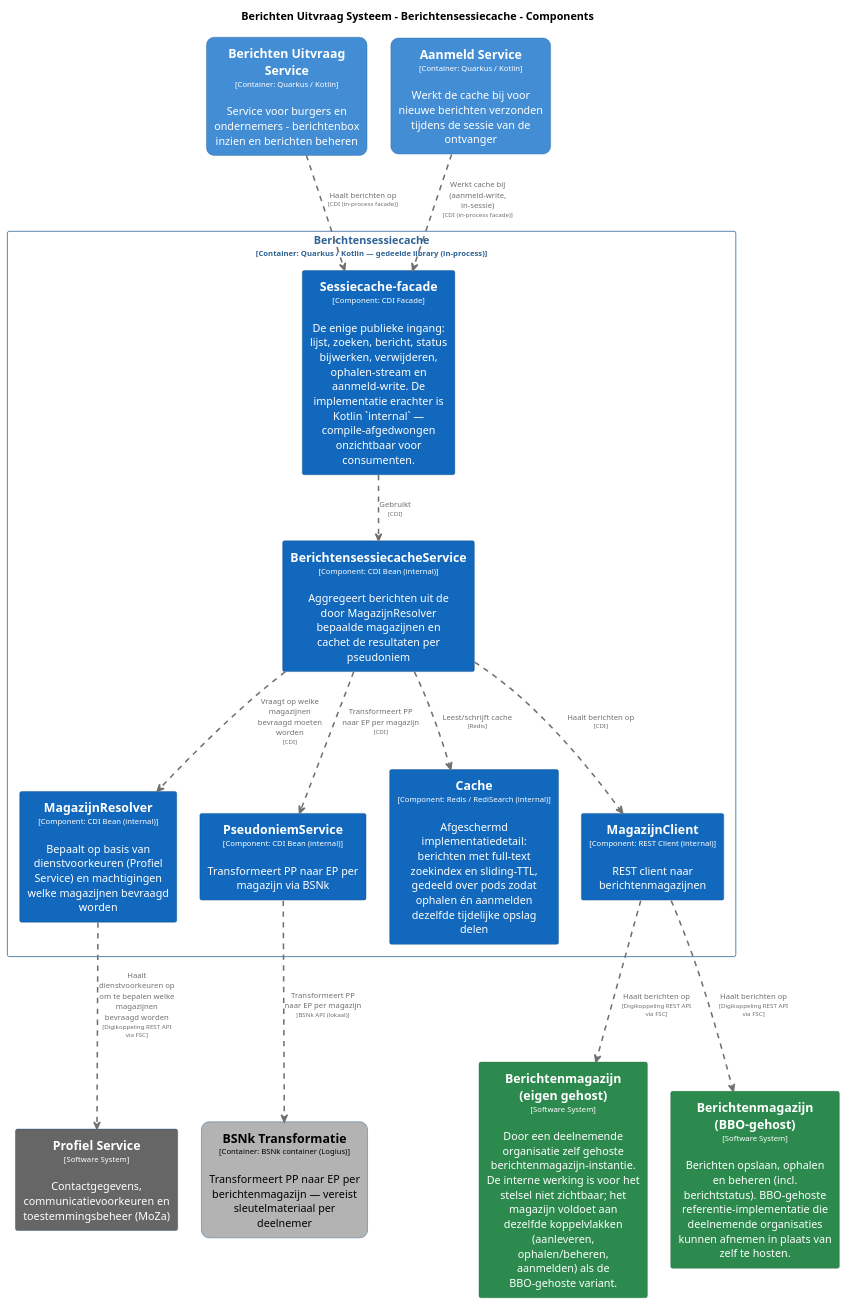
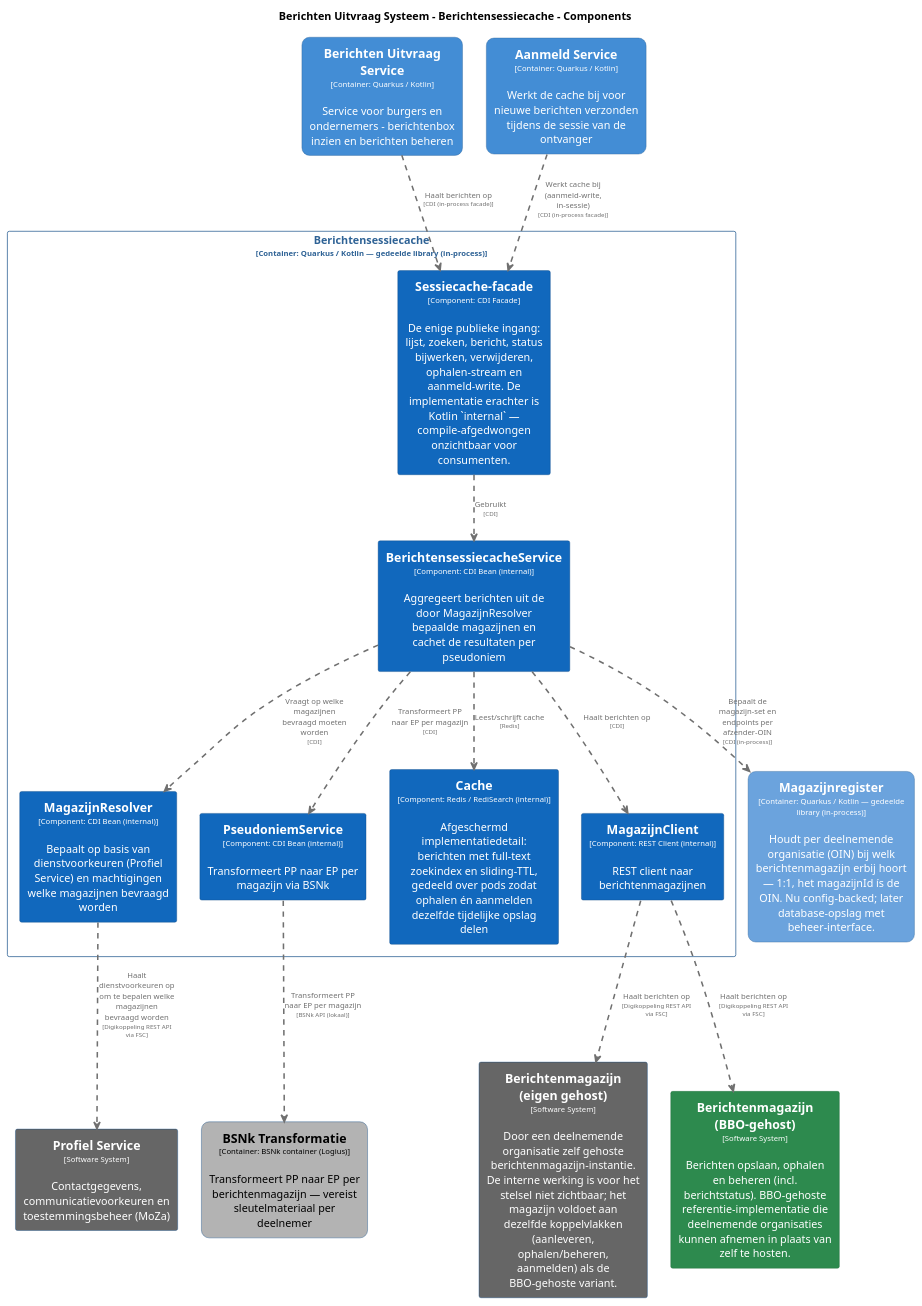
Before and after one commit to MinBZK/moza-poc-fbs-berichtenbox: the diagram in pr-preview/pr-95/master/puml/BerichtensessiecacheComponenten.puml, drawn with PlantUML. The commit also changed 81 other files, not shown here.

```diff
--- a/pr-preview/pr-95/master/puml/BerichtensessiecacheComponenten.puml
+++ b/pr-preview/pr-95/master/puml/BerichtensessiecacheComponenten.puml
@@ -1,126 +1,135 @@
 @startuml
 set separator none
 title Berichten Uitvraag Systeem - Berichtensessiecache - Components
 
 top to bottom direction
 skinparam ranksep 60
 skinparam nodesep 30
 
 skinparam {
   arrowFontSize 10
   defaultTextAlignment center
   wrapWidth 200
   maxMessageSize 100
 }
 
 hide stereotype
 
 skinparam rectangle<<BerichtenUitvraagSysteem.AanmeldService>> {
   BackgroundColor #438dd5
   FontColor #ffffff
   BorderColor #2e6295
   roundCorner 20
   shadowing false
 }
 skinparam rectangle<<BerichtenUitvraagSysteem.BSNkTransformatie>> {
   BackgroundColor #b3b3b3
   FontColor #000000
   BorderColor #0b4884
   roundCorner 20
   shadowing false
 }
 skinparam rectangle<<BerichtenUitvraagSysteem.BerichtenUitvraagService>> {
   BackgroundColor #438dd5
   FontColor #ffffff
   BorderColor #2e6295
   roundCorner 20
   shadowing false
 }
 skinparam rectangle<<BerichtenmagazijnBBOgehost>> {
   BackgroundColor #2d8a4e
   FontColor #ffffff
   BorderColor #1e6b38
   shadowing false
 }
 skinparam rectangle<<Berichtenmagazijneigengehost>> {
-  BackgroundColor #2d8a4e
+  BackgroundColor #666666
   FontColor #ffffff
-  BorderColor #1e6b38
+  BorderColor #0b4884
   shadowing false
 }
 skinparam rectangle<<BerichtenUitvraagSysteem.Berichtensessiecache.BerichtensessiecacheService>> {
   BackgroundColor #1168bd
   FontColor #ffffff
   BorderColor #0b4884
   shadowing false
 }
 skinparam rectangle<<BerichtenUitvraagSysteem.Berichtensessiecache.Cache>> {
   BackgroundColor #1168bd
   FontColor #ffffff
   BorderColor #0b4884
   shadowing false
 }
 skinparam rectangle<<BerichtenUitvraagSysteem.Berichtensessiecache.MagazijnClient>> {
   BackgroundColor #1168bd
   FontColor #ffffff
   BorderColor #0b4884
   shadowing false
 }
 skinparam rectangle<<BerichtenUitvraagSysteem.Berichtensessiecache.MagazijnResolver>> {
   BackgroundColor #1168bd
   FontColor #ffffff
   BorderColor #0b4884
+  shadowing false
+}
+skinparam rectangle<<BerichtenUitvraagSysteem.Magazijnregister>> {
+  BackgroundColor #6ba3dd
+  FontColor #ffffff
+  BorderColor #2e6295
+  roundCorner 20
   shadowing false
 }
 skinparam rectangle<<ProfielService>> {
   BackgroundColor #666666
   FontColor #ffffff
   BorderColor #0b4884
   shadowing false
 }
 skinparam rectangle<<BerichtenUitvraagSysteem.Berichtensessiecache.PseudoniemService>> {
   BackgroundColor #1168bd
   FontColor #ffffff
   BorderColor #0b4884
   shadowing false
 }
 skinparam rectangle<<BerichtenUitvraagSysteem.Berichtensessiecache.Sessiecachefacade>> {
   BackgroundColor #1168bd
   FontColor #ffffff
   BorderColor #0b4884
   shadowing false
 }
 skinparam rectangle<<BerichtenUitvraagSysteem.Berichtensessiecache>> {
   BorderColor #2e6295
   FontColor #2e6295
   shadowing false
 }
 
 rectangle "==Profiel Service\n<size:10>[Software System]</size>\n\nContactgegevens, communicatievoorkeuren en toestemmingsbeheer (MoZa)" <<ProfielService>> as ProfielService
 rectangle "==Berichtenmagazijn (eigen gehost)\n<size:10>[Software System]</size>\n\nDoor een deelnemende organisatie zelf gehoste berichtenmagazijn-instantie. De interne werking is voor het stelsel niet zichtbaar; het magazijn voldoet aan dezelfde koppelvlakken (aanleveren, ophalen/beheren, aanmelden) als de BBO-gehoste variant." <<Berichtenmagazijneigengehost>> as Berichtenmagazijneigengehost
 rectangle "==Berichtenmagazijn (BBO-gehost)\n<size:10>[Software System]</size>\n\nBerichten opslaan, ophalen en beheren (incl. berichtstatus). BBO-gehoste referentie-implementatie die deelnemende organisaties kunnen afnemen in plaats van zelf te hosten." <<BerichtenmagazijnBBOgehost>> as BerichtenmagazijnBBOgehost
 rectangle "==Berichten Uitvraag Service\n<size:10>[Container: Quarkus / Kotlin]</size>\n\nService voor burgers en ondernemers - berichtenbox inzien en berichten beheren" <<BerichtenUitvraagSysteem.BerichtenUitvraagService>> as BerichtenUitvraagSysteem.BerichtenUitvraagService
 rectangle "==BSNk Transformatie\n<size:10>[Container: BSNk container (Logius)]</size>\n\nTransformeert PP naar EP per berichtenmagazijn — vereist sleutelmateriaal per deelnemer" <<BerichtenUitvraagSysteem.BSNkTransformatie>> as BerichtenUitvraagSysteem.BSNkTransformatie
 rectangle "==Aanmeld Service\n<size:10>[Container: Quarkus / Kotlin]</size>\n\nWerkt de cache bij voor nieuwe berichten verzonden tijdens de sessie van de ontvanger" <<BerichtenUitvraagSysteem.AanmeldService>> as BerichtenUitvraagSysteem.AanmeldService
+rectangle "==Magazijnregister\n<size:10>[Container: Quarkus / Kotlin — gedeelde library (in-process)]</size>\n\nHoudt per deelnemende organisatie (OIN) bij welk berichtenmagazijn erbij hoort — 1:1, het magazijnId ís de OIN. Nu config-backed; later database-opslag met beheer-interface." <<BerichtenUitvraagSysteem.Magazijnregister>> as BerichtenUitvraagSysteem.Magazijnregister
 
 rectangle "Berichtensessiecache\n<size:10>[Container: Quarkus / Kotlin — gedeelde library (in-process)]</size>" <<BerichtenUitvraagSysteem.Berichtensessiecache>> {
   rectangle "==Sessiecache-facade\n<size:10>[Component: CDI Facade]</size>\n\nDe enige publieke ingang: lijst, zoeken, bericht, status bijwerken, verwijderen, ophalen-stream en aanmeld-write. De implementatie erachter is Kotlin `internal` — compile-afgedwongen onzichtbaar voor consumenten." <<BerichtenUitvraagSysteem.Berichtensessiecache.Sessiecachefacade>> as BerichtenUitvraagSysteem.Berichtensessiecache.Sessiecachefacade
   rectangle "==MagazijnResolver\n<size:10>[Component: CDI Bean (internal)]</size>\n\nBepaalt op basis van dienstvoorkeuren (Profiel Service) en machtigingen welke magazijnen bevraagd worden" <<BerichtenUitvraagSysteem.Berichtensessiecache.MagazijnResolver>> as BerichtenUitvraagSysteem.Berichtensessiecache.MagazijnResolver
   rectangle "==PseudoniemService\n<size:10>[Component: CDI Bean (internal)]</size>\n\nTransformeert PP naar EP per magazijn via BSNk" <<BerichtenUitvraagSysteem.Berichtensessiecache.PseudoniemService>> as BerichtenUitvraagSysteem.Berichtensessiecache.PseudoniemService
   rectangle "==BerichtensessiecacheService\n<size:10>[Component: CDI Bean (internal)]</size>\n\nAggregeert berichten uit de door MagazijnResolver bepaalde magazijnen en cachet de resultaten per pseudoniem" <<BerichtenUitvraagSysteem.Berichtensessiecache.BerichtensessiecacheService>> as BerichtenUitvraagSysteem.Berichtensessiecache.BerichtensessiecacheService
   rectangle "==Cache\n<size:10>[Component: Redis / RediSearch (internal)]</size>\n\nAfgeschermd implementatiedetail: berichten met full-text zoekindex en sliding-TTL, gedeeld over pods zodat ophalen én aanmelden dezelfde tijdelijke opslag delen" <<BerichtenUitvraagSysteem.Berichtensessiecache.Cache>> as BerichtenUitvraagSysteem.Berichtensessiecache.Cache
   rectangle "==MagazijnClient\n<size:10>[Component: REST Client (internal)]</size>\n\nREST client naar berichtenmagazijnen" <<BerichtenUitvraagSysteem.Berichtensessiecache.MagazijnClient>> as BerichtenUitvraagSysteem.Berichtensessiecache.MagazijnClient
 }
 
 BerichtenUitvraagSysteem.Berichtensessiecache.MagazijnClient .[#707070,thickness=2].> Berichtenmagazijneigengehost : "<color:#707070>Haalt berichten op\n<color:#707070><size:8>[Digikoppeling REST API via FSC]</size>"
 BerichtenUitvraagSysteem.Berichtensessiecache.MagazijnResolver .[#707070,thickness=2].> ProfielService : "<color:#707070>Haalt dienstvoorkeuren op om te bepalen welke magazijnen bevraagd worden\n<color:#707070><size:8>[Digikoppeling REST API via FSC]</size>"
 BerichtenUitvraagSysteem.Berichtensessiecache.MagazijnClient .[#707070,thickness=2].> BerichtenmagazijnBBOgehost : "<color:#707070>Haalt berichten op\n<color:#707070><size:8>[Digikoppeling REST API via FSC]</size>"
 BerichtenUitvraagSysteem.Berichtensessiecache.Sessiecachefacade .[#707070,thickness=2].> BerichtenUitvraagSysteem.Berichtensessiecache.BerichtensessiecacheService : "<color:#707070>Gebruikt\n<color:#707070><size:8>[CDI]</size>"
 BerichtenUitvraagSysteem.Berichtensessiecache.BerichtensessiecacheService .[#707070,thickness=2].> BerichtenUitvraagSysteem.Berichtensessiecache.MagazijnResolver : "<color:#707070>Vraagt op welke magazijnen bevraagd moeten worden\n<color:#707070><size:8>[CDI]</size>"
 BerichtenUitvraagSysteem.Berichtensessiecache.BerichtensessiecacheService .[#707070,thickness=2].> BerichtenUitvraagSysteem.Berichtensessiecache.PseudoniemService : "<color:#707070>Transformeert PP naar EP per magazijn\n<color:#707070><size:8>[CDI]</size>"
 BerichtenUitvraagSysteem.Berichtensessiecache.BerichtensessiecacheService .[#707070,thickness=2].> BerichtenUitvraagSysteem.Berichtensessiecache.Cache : "<color:#707070>Leest/schrijft cache\n<color:#707070><size:8>[Redis]</size>"
 BerichtenUitvraagSysteem.Berichtensessiecache.BerichtensessiecacheService .[#707070,thickness=2].> BerichtenUitvraagSysteem.Berichtensessiecache.MagazijnClient : "<color:#707070>Haalt berichten op\n<color:#707070><size:8>[CDI]</size>"
 BerichtenUitvraagSysteem.Berichtensessiecache.PseudoniemService .[#707070,thickness=2].> BerichtenUitvraagSysteem.BSNkTransformatie : "<color:#707070>Transformeert PP naar EP per magazijn\n<color:#707070><size:8>[BSNk API (lokaal)]</size>"
 BerichtenUitvraagSysteem.AanmeldService .[#707070,thickness=2].> BerichtenUitvraagSysteem.Berichtensessiecache.Sessiecachefacade : "<color:#707070>Werkt cache bij (aanmeld-write, in-sessie)\n<color:#707070><size:8>[CDI (in-process facade)]</size>"
 BerichtenUitvraagSysteem.BerichtenUitvraagService .[#707070,thickness=2].> BerichtenUitvraagSysteem.Berichtensessiecache.Sessiecachefacade : "<color:#707070>Haalt berichten op\n<color:#707070><size:8>[CDI (in-process facade)]</size>"
+BerichtenUitvraagSysteem.Berichtensessiecache.BerichtensessiecacheService .[#707070,thickness=2].> BerichtenUitvraagSysteem.Magazijnregister : "<color:#707070>Bepaalt de magazijn-set en endpoints per afzender-OIN\n<color:#707070><size:8>[CDI (in-process)]</size>"
 @enduml
```
